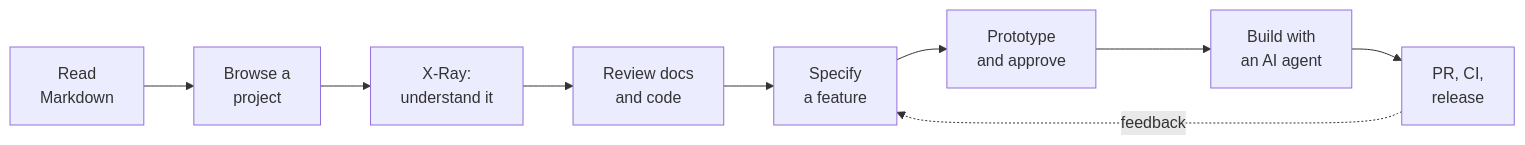
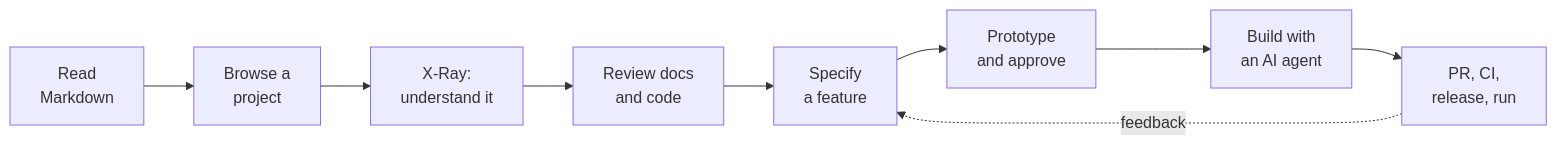
The first of 10 diagrams in README.md (t-boris/MarkView), drawn with Mermaid before and after one commit. The commit also changed other lines of this file and 5 other files, not shown here.

````diff
--- a/README.md
+++ b/README.md
@@ -50,11 +51,11 @@
 ```mermaid
 flowchart LR
     A["Read<br/>Markdown"] --> B["Browse a<br/>project"]
     B --> C["X-Ray:<br/>understand it"]
     C --> D["Review docs<br/>and code"]
     D --> E["Specify<br/>a feature"]
     E --> F["Prototype<br/>and approve"]
     F --> G["Build with<br/>an AI agent"]
-    G --> H["PR, CI,<br/>release"]
+    G --> H["PR, CI,<br/>release, run"]
     H -. "feedback" .-> E
 ```
````
